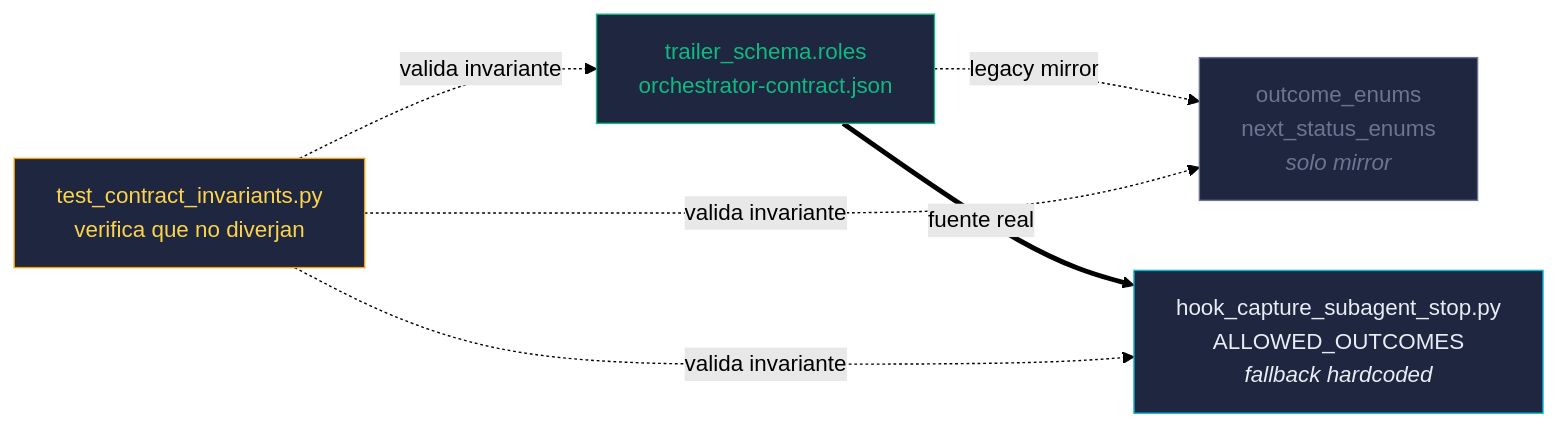
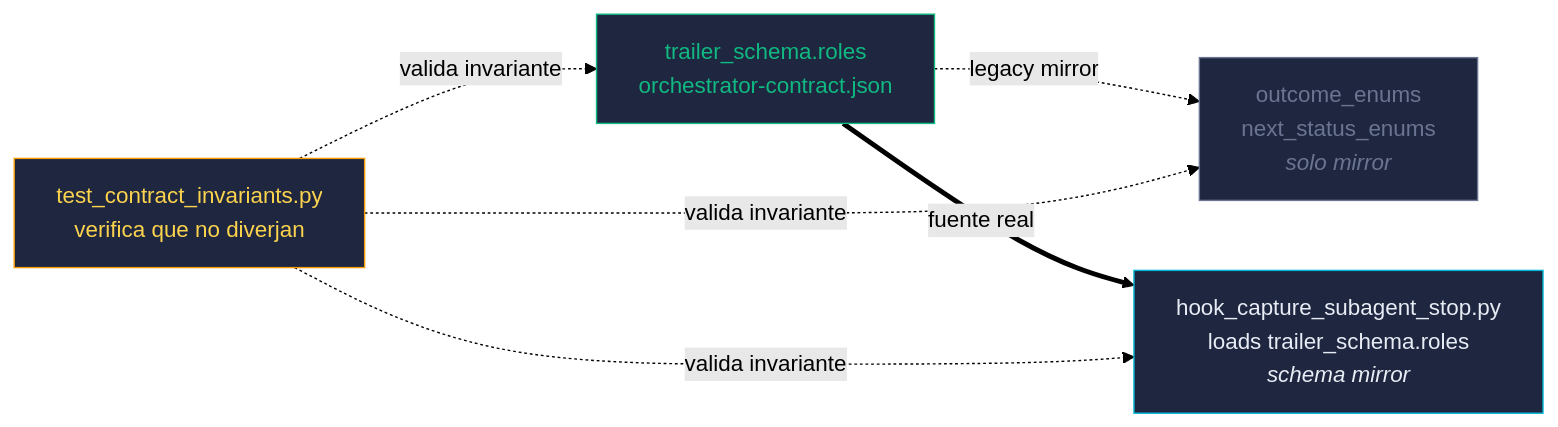
The sixth of 6 diagrams in site/diagrams/outcomes.md (sergiolrinditex/React-Python-Login-Admin), drawn with Mermaid (forest theme) before and after one commit. The commit also changed other lines of this file and 4 other files, not shown here.

````diff
--- a/site/diagrams/outcomes.md
+++ b/site/diagrams/outcomes.md
@@ -197,18 +197,18 @@
 ```mermaid
 flowchart LR
     SRC[trailer_schema.roles<br>orchestrator-contract.json]
     MIRROR[outcome_enums<br>next_status_enums<br><i>solo mirror</i>]
-    HOOK[hook_capture_subagent_stop.py<br>ALLOWED_OUTCOMES<br><i>fallback hardcoded</i>]
+    HOOK[hook_capture_subagent_stop.py<br>loads trailer_schema.roles<br><i>schema mirror</i>]
     TEST[test_contract_invariants.py<br>verifica que no diverjan]
 
     SRC -.legacy mirror.-> MIRROR
     SRC == fuente real ==> HOOK
     TEST -.valida invariante.-> SRC
     TEST -.valida invariante.-> MIRROR
     TEST -.valida invariante.-> HOOK
 
     style SRC fill:#1f2740,stroke:#10b981,color:#10b981
     style MIRROR fill:#1f2740,stroke:#6b7591,color:#6b7591
     style HOOK fill:#1f2740,stroke:#06b6d4,color:#e8ecf5
     style TEST fill:#1f2740,stroke:#f59e0b,color:#fcd34d
 ```
````
